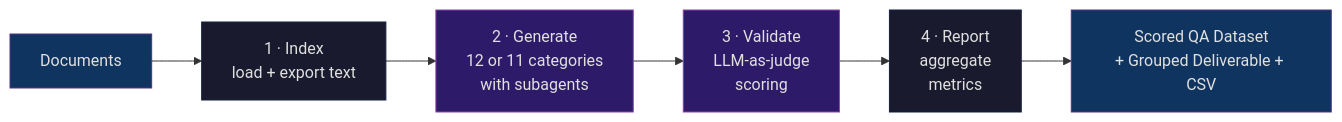
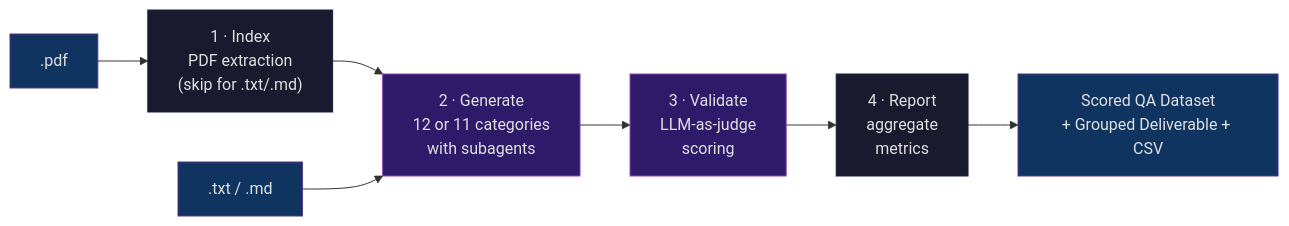
The ninth of 9 diagrams in architecture.md (magic-data-ops/chunker), drawn with Mermaid before and after one commit. The commit also changed other lines of this file, not shown here.

Commit message:
fix: update architecture md

````diff
--- a/architecture.md
+++ b/architecture.md
@@ -341,22 +342,25 @@
 ```mermaid
 flowchart LR
-    DOCS["Documents"]
-    INDEX["1 · Index<br/>load + export text"]
+    PDF_IN[".pdf"]
+    TXT_IN[".txt / .md"]
+    INDEX["1 · Index<br/>PDF extraction<br/>(skip for .txt/.md)"]
     GEN["2 · Generate<br/>12 or 11 categories<br/>with subagents"]
     VAL["3 · Validate<br/>LLM-as-judge<br/>scoring"]
     RPT["4 · Report<br/>aggregate<br/>metrics"]
     OUT["Scored QA Dataset<br/>+ Grouped Deliverable + CSV"]
 
-    DOCS --> INDEX
+    PDF_IN --> INDEX
     INDEX --> GEN
+    TXT_IN --> GEN
     GEN --> VAL
     VAL --> RPT
     RPT --> OUT
 
-    style DOCS fill:#0f3460,stroke:#533483,color:#e0e0e0
+    style PDF_IN fill:#0f3460,stroke:#533483,color:#e0e0e0
+    style TXT_IN fill:#0f3460,stroke:#533483,color:#e0e0e0
     style INDEX fill:#1a1a2e,stroke:#16213e,color:#e0e0e0
     style GEN fill:#2d1b69,stroke:#8e44ad,color:#e0e0e0
     style VAL fill:#2d1b69,stroke:#8e44ad,color:#e0e0e0
     style RPT fill:#1a1a2e,stroke:#16213e,color:#e0e0e0
     style OUT fill:#0f3460,stroke:#533483,color:#e0e0e0
 ```
````
